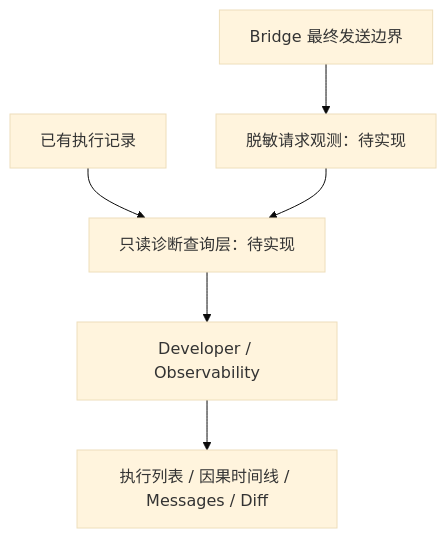
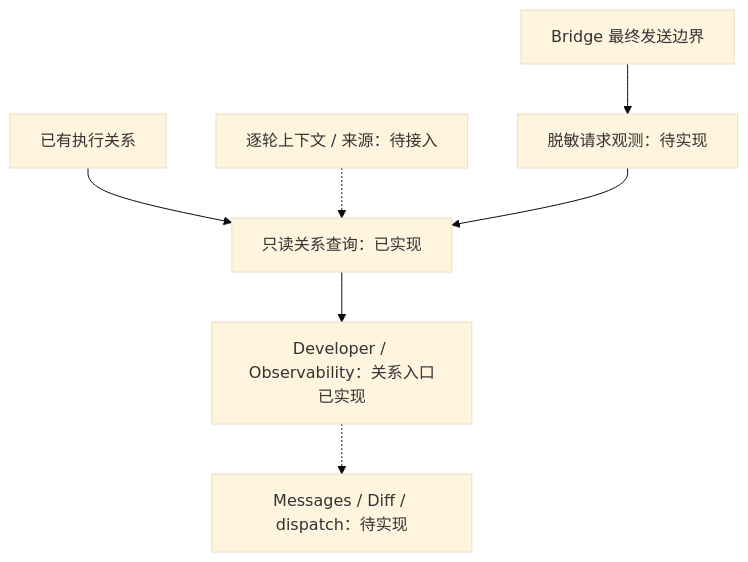
Before and after one commit to z-chenhao/assistant: the second of 2 diagrams in docs/designs/observability.md, drawn with Mermaid (base theme). The commit also changed other lines of this file and 29 other files, not shown here.

````diff
--- a/docs/designs/observability.md
+++ b/docs/designs/observability.md
@@ -33,8 +47,9 @@
 ```mermaid
 flowchart TD
-    S["已有执行记录"] --> Q["只读诊断查询层：待实现"]
+    S["已有执行关系"] --> Q["只读关系查询：已实现"]
+    G["逐轮上下文 / 来源：待接入"] -.-> Q
     B["Bridge 最终发送边界"] --> W["脱敏请求观测：待实现"]
     W --> Q
-    Q --> U["Developer / Observability"]
-    U --> V["执行列表 / 因果时间线 / Messages / Diff"]
+    Q --> U["Developer / Observability：关系入口已实现"]
+    U -.-> V["Messages / Diff / dispatch：待实现"]
 ```
````
